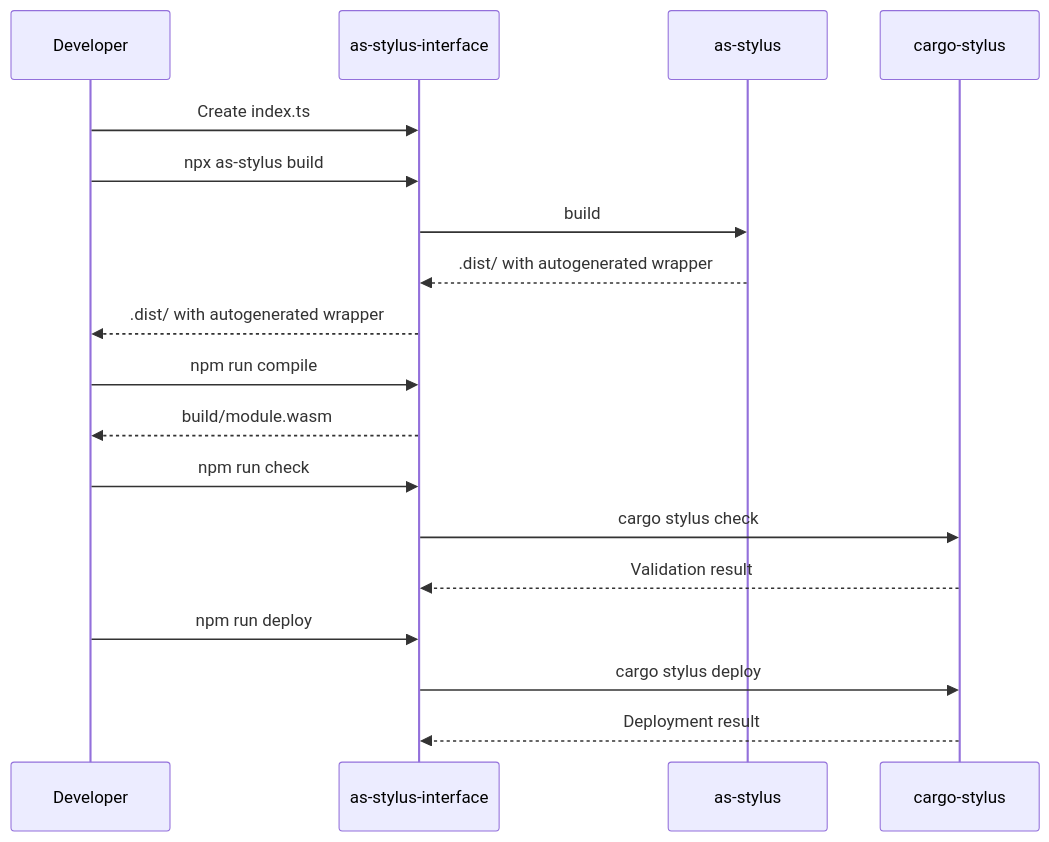
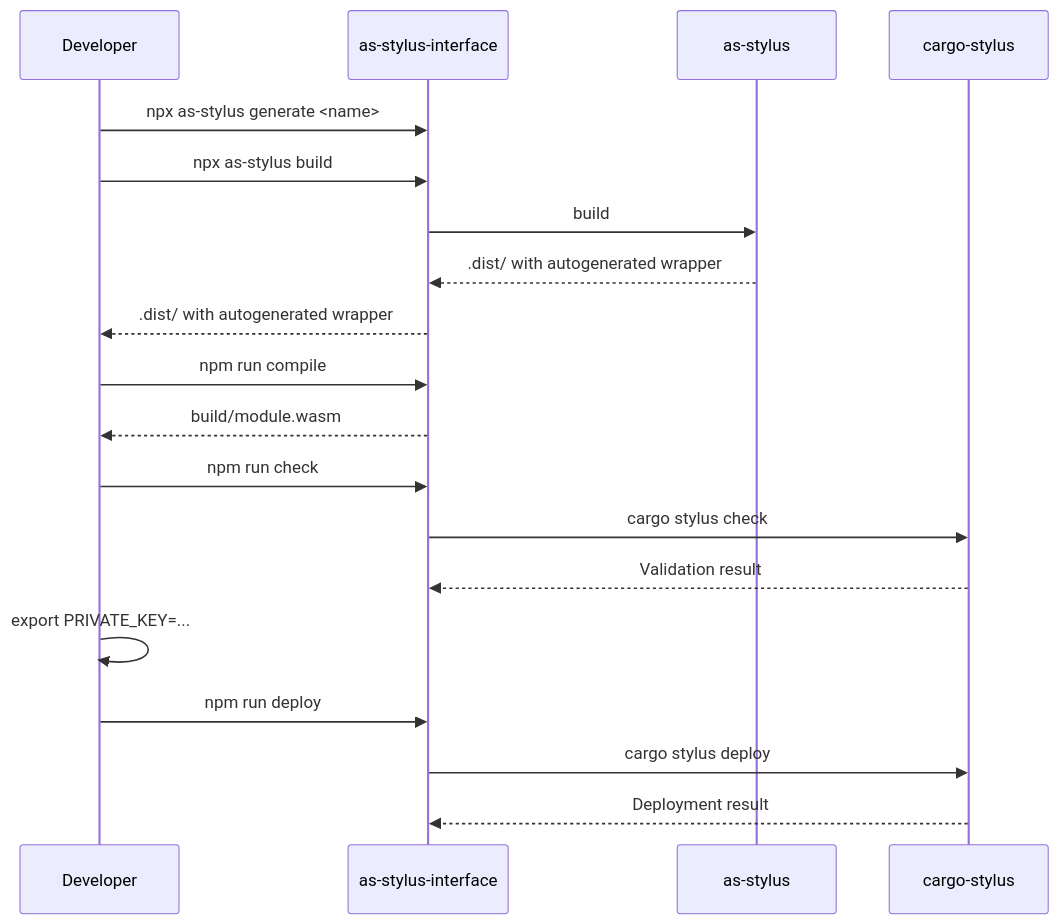
Before and after one commit to wakeuplabs-io/assembly-script-stylus: the diagram in packages/docs/feasibility-report.md, drawn with Mermaid. The commit also changed other lines of this file and 15 other files, not shown here.

````diff
--- a/packages/docs/feasibility-report.md
+++ b/packages/docs/feasibility-report.md
@@ -112,24 +119,25 @@
 ```mermaid
 sequenceDiagram
     participant Dev as Developer
     participant AsInt as as-stylus-interface
     participant AsSDK as as-stylus
     participant Stylus as cargo-stylus
 
-    Dev->>AsInt: Create index.ts
+    Dev->>AsInt: npx as-stylus generate <name>
     Dev->>AsInt: npx as-stylus build
     AsInt->>AsSDK: build
     AsSDK-->>AsInt: .dist/ with autogenerated wrapper
     AsInt-->>Dev: .dist/ with autogenerated wrapper
 
     Dev->>AsInt: npm run compile
     AsInt-->>Dev: build/module.wasm
 
     Dev->>AsInt: npm run check
     AsInt->>Stylus: cargo stylus check
     Stylus-->>AsInt: Validation result
 
+    Dev->>Dev: export PRIVATE_KEY=...
     Dev->>AsInt: npm run deploy
     AsInt->>Stylus: cargo stylus deploy
     Stylus-->>AsInt: Deployment result
 ```
````
